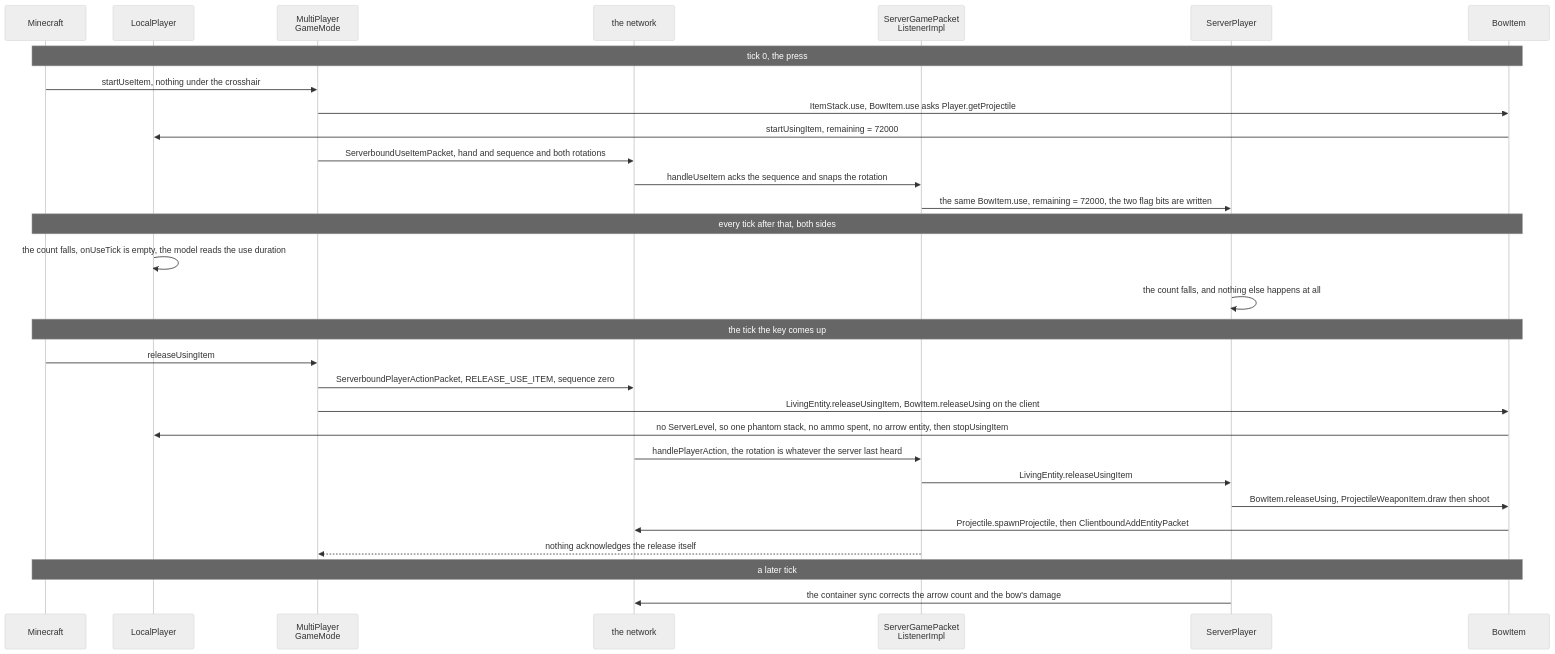
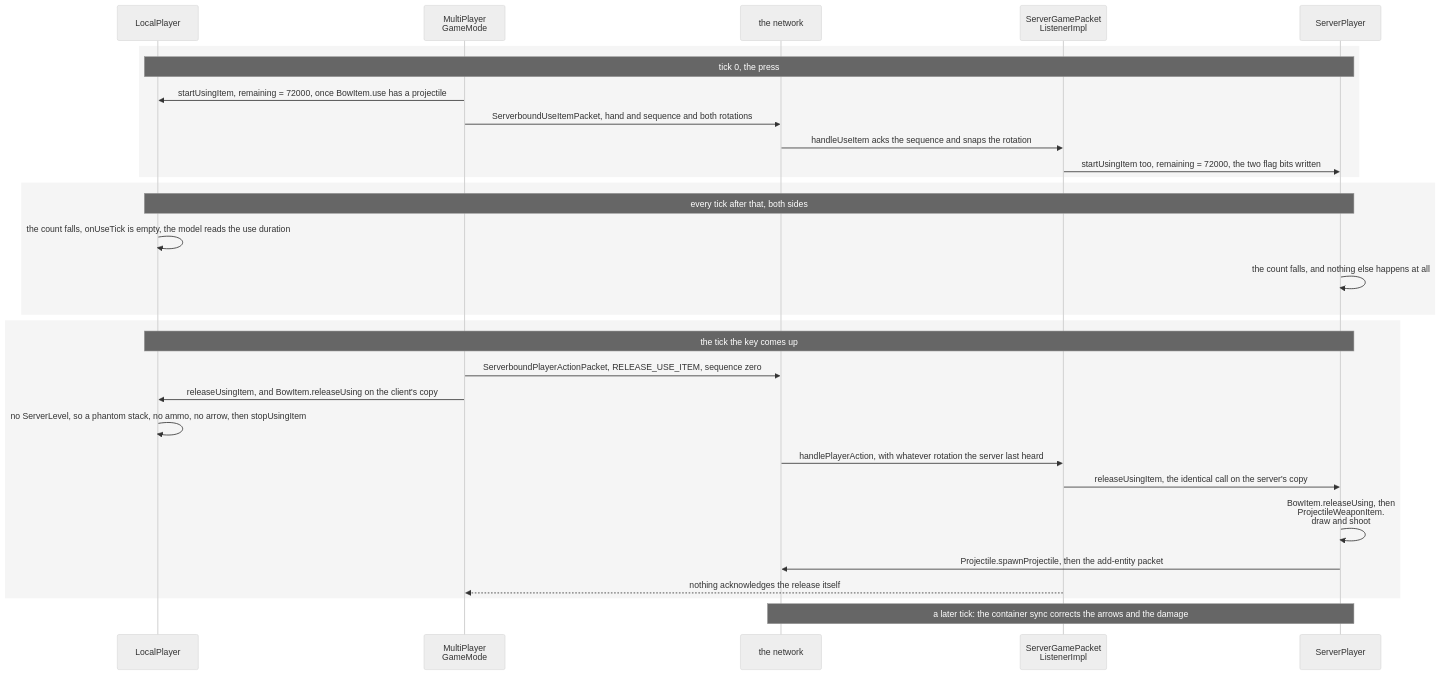
The fourth of 4 diagrams in src/systems/items/using-an-item.md (AlexanderjFraser/MinecraftDocs), drawn with Mermaid (neutral theme) before and after one commit. The commit also changed other lines of this file and 19 other files, not shown here.

````diff
--- a/src/systems/items/using-an-item.md
+++ b/src/systems/items/using-an-item.md
@@ -323,33 +362,33 @@
 ```mermaid
 sequenceDiagram
-    participant MC as Minecraft
     participant LP as LocalPlayer
     participant MPGM as MultiPlayer<br/>GameMode
     participant Wire as the network
     participant SGPL as ServerGamePacket<br/>ListenerImpl
     participant SP as ServerPlayer
-    participant BowI as BowItem
 
-    Note over MC,BowI: tick 0, the press
-    MC->>MPGM: startUseItem, nothing under the crosshair
-    MPGM->>BowI: ItemStack.use, BowItem.use asks Player.getProjectile
-    BowI->>LP: startUsingItem, remaining = 72000
-    MPGM->>Wire: ServerboundUseItemPacket, hand and sequence and both rotations
-    Wire->>SGPL: handleUseItem acks the sequence and snaps the rotation
-    SGPL->>SP: the same BowItem.use, remaining = 72000, the two flag bits are written
-    Note over MC,BowI: every tick after that, both sides
-    LP->>LP: the count falls, onUseTick is empty, the model reads the use duration
-    SP->>SP: the count falls, and nothing else happens at all
-    Note over MC,BowI: the tick the key comes up
-    MC->>MPGM: releaseUsingItem
-    MPGM->>Wire: ServerboundPlayerActionPacket, RELEASE_USE_ITEM, sequence zero
-    MPGM->>BowI: LivingEntity.releaseUsingItem, BowItem.releaseUsing on the client
-    BowI->>LP: no ServerLevel, so one phantom stack, no ammo spent, no arrow entity, then stopUsingItem
-    Wire->>SGPL: handlePlayerAction, the rotation is whatever the server last heard
-    SGPL->>SP: LivingEntity.releaseUsingItem
-    SP->>BowI: BowItem.releaseUsing, ProjectileWeaponItem.draw then shoot
-    BowI->>Wire: Projectile.spawnProjectile, then ClientboundAddEntityPacket
-    SGPL-->>MPGM: nothing acknowledges the release itself
-    Note over MC,BowI: a later tick
-    SP->>Wire: the container sync corrects the arrow count and the bow's damage
+    rect rgba(0, 0, 0, 0.04)
+        Note over LP,SP: tick 0, the press
+        MPGM->>LP: startUsingItem, remaining = 72000, once BowItem.use has a projectile
+        MPGM->>Wire: ServerboundUseItemPacket, hand and sequence and both rotations
+        Wire->>SGPL: handleUseItem acks the sequence and snaps the rotation
+        SGPL->>SP: startUsingItem too, remaining = 72000, the two flag bits written
+    end
+    rect rgba(0, 0, 0, 0.04)
+        Note over LP,SP: every tick after that, both sides
+        LP->>LP: the count falls, onUseTick is empty, the model reads the use duration
+        SP->>SP: the count falls, and nothing else happens at all
+    end
+    rect rgba(0, 0, 0, 0.04)
+        Note over LP,SP: the tick the key comes up
+        MPGM->>Wire: ServerboundPlayerActionPacket, RELEASE_USE_ITEM, sequence zero
+        MPGM->>LP: releaseUsingItem, and BowItem.releaseUsing on the client's copy
+        LP->>LP: no ServerLevel, so a phantom stack, no ammo, no arrow, then stopUsingItem
+        Wire->>SGPL: handlePlayerAction, with whatever rotation the server last heard
+        SGPL->>SP: releaseUsingItem, the identical call on the server's copy
+        SP->>SP: BowItem.releaseUsing, then<br/>ProjectileWeaponItem.<br/>draw and shoot
+        SP->>Wire: Projectile.spawnProjectile, then the add-entity packet
+        SGPL-->>MPGM: nothing acknowledges the release itself
+    end
+    Note over Wire,SP: a later tick: the container sync corrects the arrows and the damage
 ```
````
